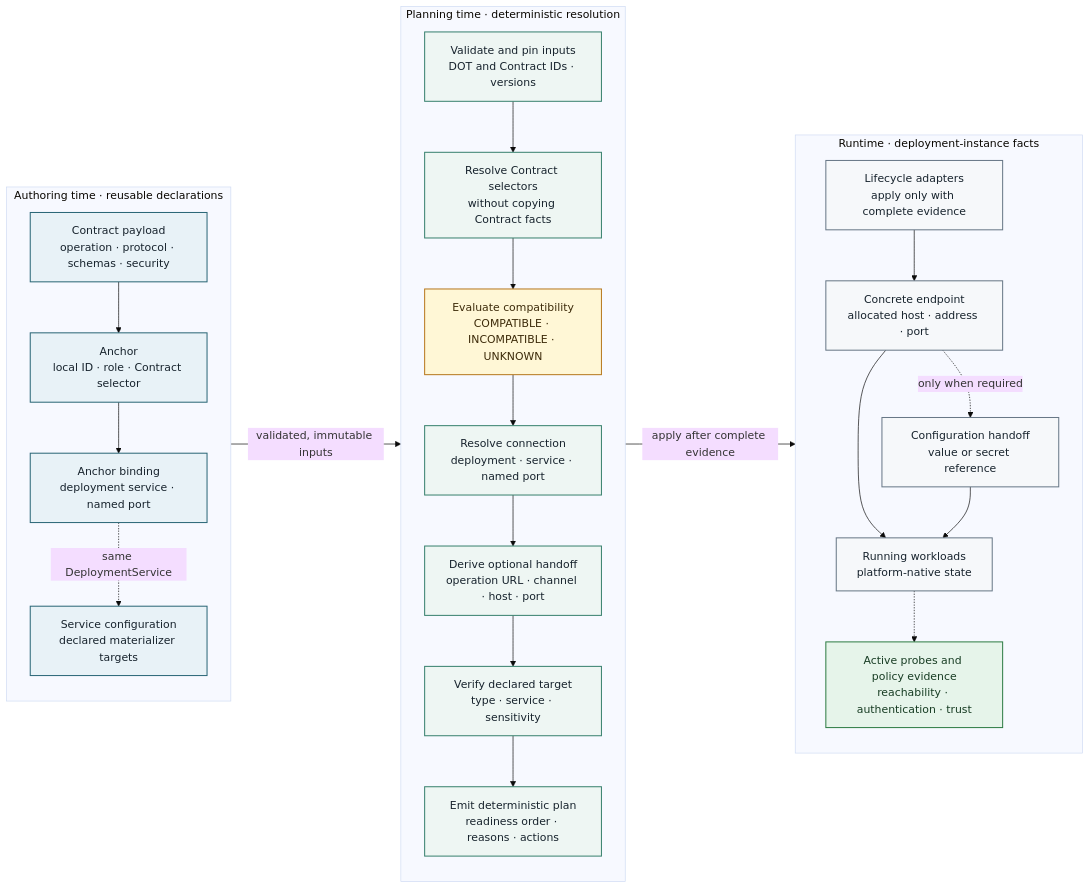
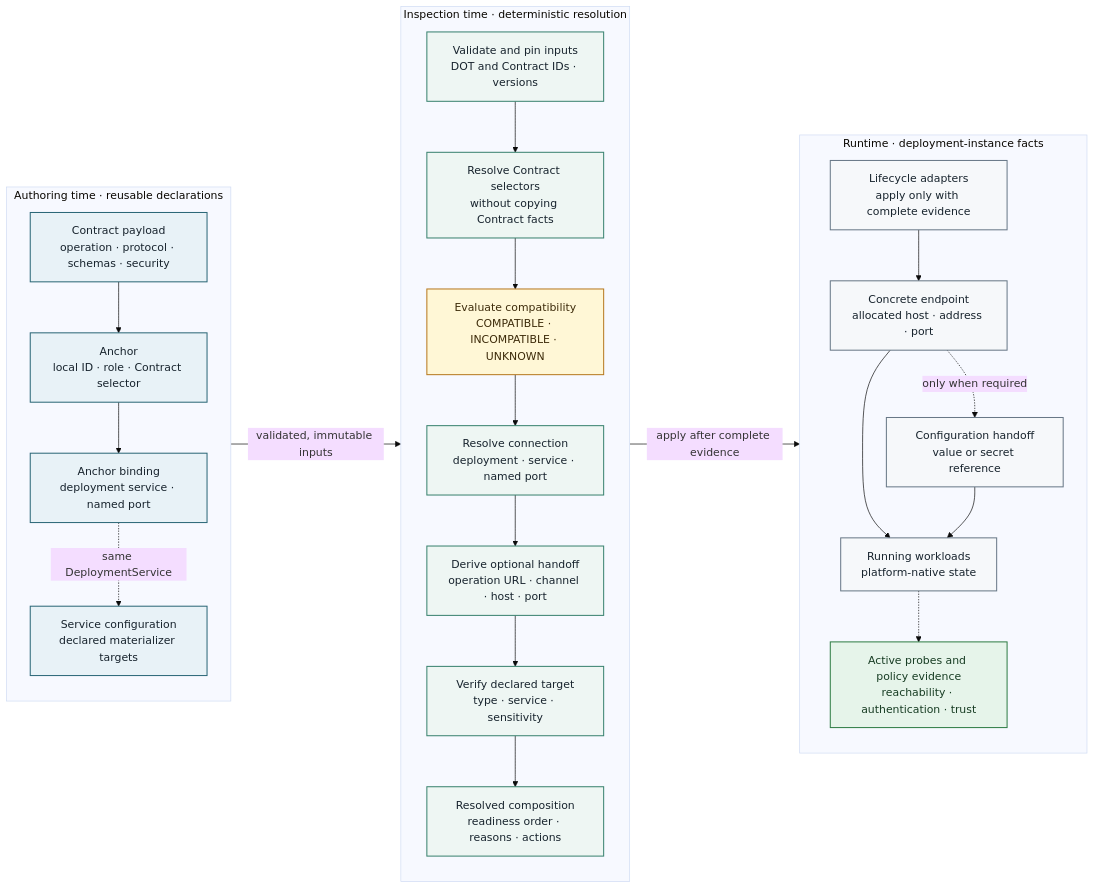
Before and after one commit to MARE-EU-Project/DOT-Docs: the diagram in DOT-Design/next/dot-design/_attachments/diagrams/composition-resolution-stages.mmd, drawn with Mermaid (base theme). The commit also changed 35 other files, not shown here.

```diff
--- a/DOT-Design/next/dot-design/_attachments/diagrams/composition-resolution-stages.mmd
+++ b/DOT-Design/next/dot-design/_attachments/diagrams/composition-resolution-stages.mmd
@@ -1,55 +1,55 @@
 flowchart LR
-  accTitle: Authoring, planning, and runtime resolution stages
-  accDescr: Independently authored Contracts, Anchors, bindings, and configuration declarations are pinned and resolved into a deterministic plan before lifecycle adapters create endpoints, materialize configuration, and collect runtime evidence.
+  accTitle: Authoring, composition resolution, and runtime stages
+  accDescr: Independently authored Contracts, Anchors, bindings, and configuration declarations are pinned and resolved into a deterministic resolved composition before lifecycle adapters create endpoints, materialize configuration, and collect runtime evidence.
 
   subgraph Authoring["Authoring time · reusable declarations"]
     direction TB
     Contract["Contract payload<br/>operation · protocol · schemas · security"]
     Anchor["Anchor<br/>local ID · role · Contract selector"]
     Binding["Anchor binding<br/>deployment service · named port"]
     Config["Service configuration<br/>declared materializer targets"]
     Contract --> Anchor
     Anchor --> Binding
     Binding -.->|same DeploymentService| Config
   end
 
-  subgraph Planning["Planning time · deterministic resolution"]
+  subgraph ResolutionStage["Inspection time · deterministic resolution"]
     direction TB
     Inputs["Validate and pin inputs<br/>DOT and Contract IDs · versions"]
     Selectors["Resolve Contract selectors<br/>without copying Contract facts"]
     Compatibility["Evaluate compatibility<br/>COMPATIBLE · INCOMPATIBLE · UNKNOWN"]
     Connection["Resolve connection<br/>deployment · service · named port"]
     Handoff["Derive optional handoff<br/>operation URL · channel · host · port"]
     Target["Verify declared target<br/>type · service · sensitivity"]
-    Plan["Emit deterministic plan<br/>readiness order · reasons · actions"]
+    Resolution["Resolved composition<br/>readiness order · reasons · actions"]
     Inputs --> Selectors --> Compatibility --> Connection
-    Connection --> Handoff --> Target --> Plan
+    Connection --> Handoff --> Target --> Resolution
   end
 
   subgraph Runtime["Runtime · deployment-instance facts"]
     direction TB
     Apply["Lifecycle adapters<br/>apply only with complete evidence"]
     Endpoint["Concrete endpoint<br/>allocated host · address · port"]
     Inject["Configuration handoff<br/>value or secret reference"]
     Workload["Running workloads<br/>platform-native state"]
     Probe["Active probes and policy evidence<br/>reachability · authentication · trust"]
     Apply --> Endpoint
     Endpoint -.->|only when required| Inject
     Endpoint --> Workload
     Inject --> Workload
     Workload -.-> Probe
   end
 
-  Authoring -->|validated, immutable inputs| Planning
-  Planning -->|apply after complete evidence| Runtime
+  Authoring -->|validated, immutable inputs| ResolutionStage
+  ResolutionStage -->|apply after complete evidence| Runtime
 
   classDef authored fill:#e8f2f7,stroke:#2b6777,color:#17232d,stroke-width:1.5px;
   classDef process fill:#eef6f3,stroke:#39826f,color:#17232d,stroke-width:1.5px;
   classDef decision fill:#fff7d6,stroke:#b7791f,color:#3d2b0a,stroke-width:1.5px;
   classDef runtime fill:#f6f8fa,stroke:#687887,color:#17232d,stroke-width:1.5px;
   classDef evidence fill:#e6f4ea,stroke:#2f7d45,color:#173c23,stroke-width:1.5px;
   class Contract,Anchor,Binding,Config authored;
-  class Inputs,Selectors,Connection,Handoff,Target,Plan process;
+  class Inputs,Selectors,Connection,Handoff,Target,Resolution process;
   class Compatibility decision;
   class Apply,Endpoint,Inject,Workload runtime;
   class Probe evidence;
```
